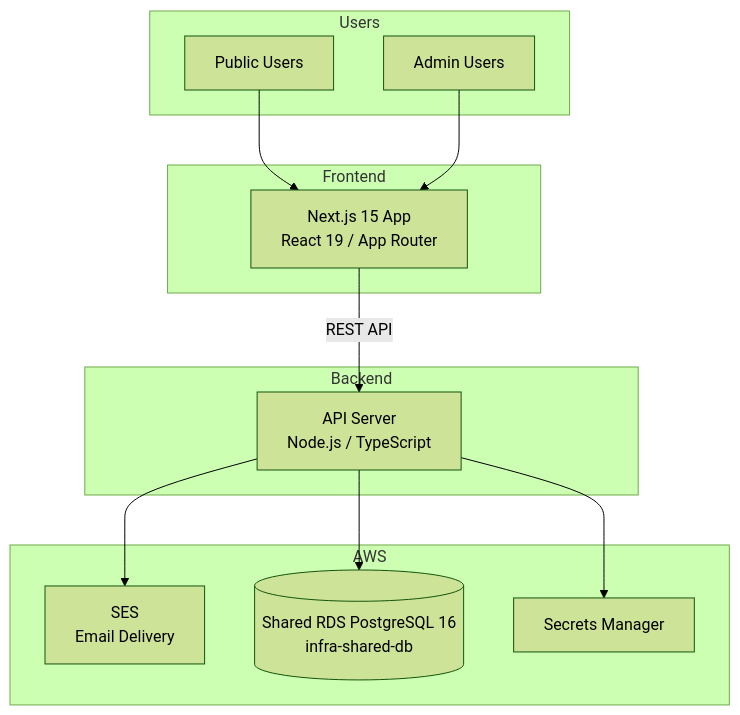
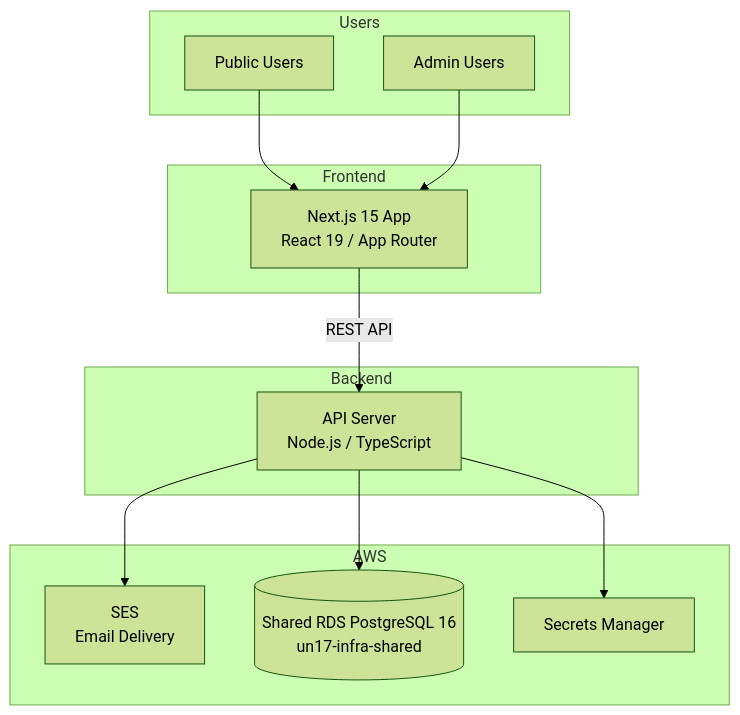
Before and after one commit to ammonl/greenspace: the first of 6 diagrams in docs/architecture.md, drawn with Mermaid (forest theme). The commit also changed other lines of this file and 10 other files, not shown here.

First line of the commit message:
docs: point shared-infra references at ammonl/un17-infra-shared (#497) (#498)

````diff
--- a/docs/architecture.md
+++ b/docs/architecture.md
@@ -7,28 +7,28 @@
 ```mermaid
 graph TB
     subgraph Users
         PU[Public Users]
         AU[Admin Users]
     end
 
     subgraph Frontend
         WEB[Next.js 15 App<br/>React 19 / App Router]
     end
 
     subgraph Backend
         API[API Server<br/>Node.js / TypeScript]
     end
 
     subgraph AWS
         SES[SES<br/>Email Delivery]
-        RDS[(Shared RDS PostgreSQL 16<br/>infra-shared-db)]
+        RDS[(Shared RDS PostgreSQL 16<br/>un17-infra-shared)]
         SM[Secrets Manager]
     end
 
     PU --> WEB
     AU --> WEB
     WEB -->|REST API| API
     API --> RDS
     API --> SES
     API --> SM
 ```
````
